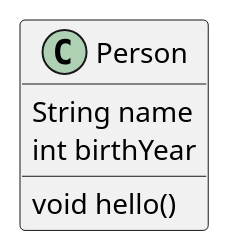
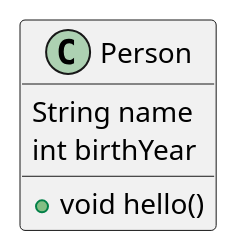
The second of 2 diagrams in oop/practice1.md (lyhcode/oosad), drawn with PlantUML before and after one commit. The commit also changed other lines of this file and 54 other files, not shown here.

````diff
--- a/oop/practice1.md
+++ b/oop/practice1.md
@@ -22,9 +22,9 @@
 ```uml
 @startuml
 Class Person {
     String name
     int birthYear
-    void hello()
+    + void hello()
 }
 @enduml
 ```
````
